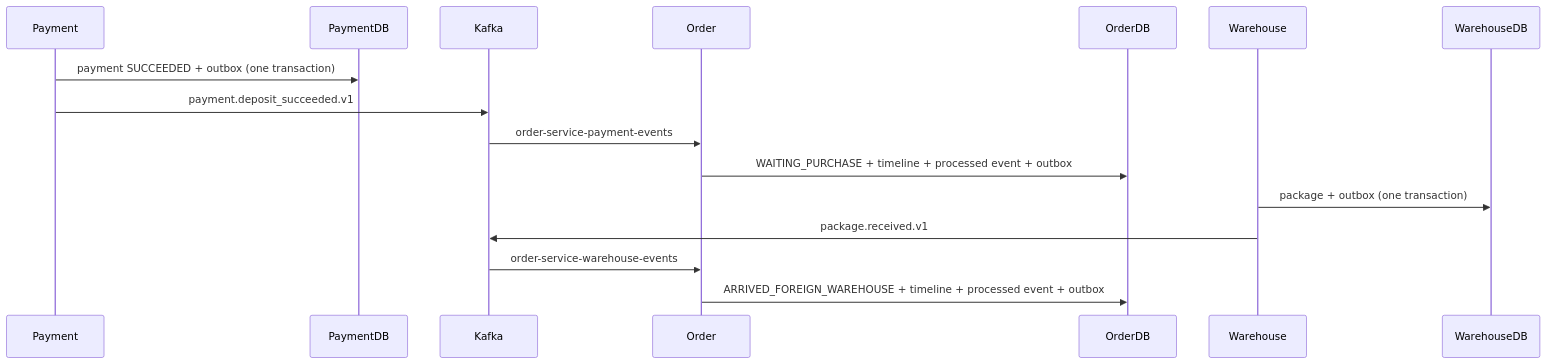
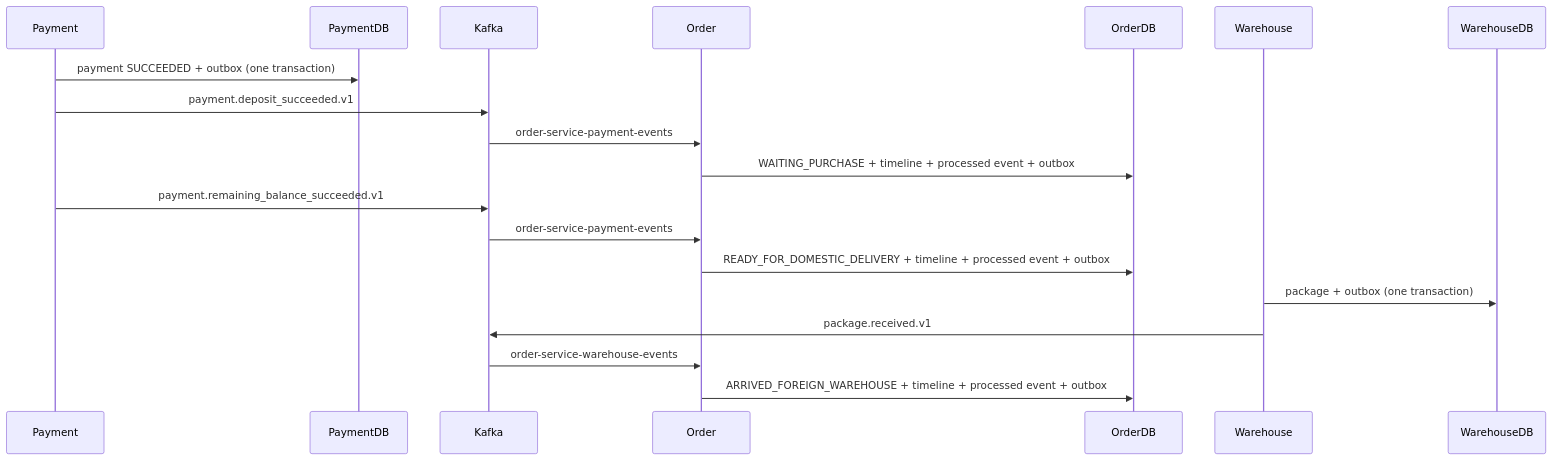
One commit to kenji-cmyk/cross-border-logistics changed the second of 2 diagrams in docs/architecture.md. Above: the diagram before and after it, drawn with Mermaid. The commit also changed other lines of this file and 32 other files, not shown here.

First line of the commit message:
feat: add remaining balance payment notification and API integration

````diff
--- a/docs/architecture.md
+++ b/docs/architecture.md
@@ -56,11 +77,14 @@
 ```mermaid
 sequenceDiagram
     Payment->>PaymentDB: payment SUCCEEDED + outbox (one transaction)
     Payment->>Kafka: payment.deposit_succeeded.v1
     Kafka->>Order: order-service-payment-events
     Order->>OrderDB: WAITING_PURCHASE + timeline + processed event + outbox
+    Payment->>Kafka: payment.remaining_balance_succeeded.v1
+    Kafka->>Order: order-service-payment-events
+    Order->>OrderDB: READY_FOR_DOMESTIC_DELIVERY + timeline + processed event + outbox
     Warehouse->>WarehouseDB: package + outbox (one transaction)
     Warehouse->>Kafka: package.received.v1
     Kafka->>Order: order-service-warehouse-events
     Order->>OrderDB: ARRIVED_FOREIGN_WAREHOUSE + timeline + processed event + outbox
 ```
````
